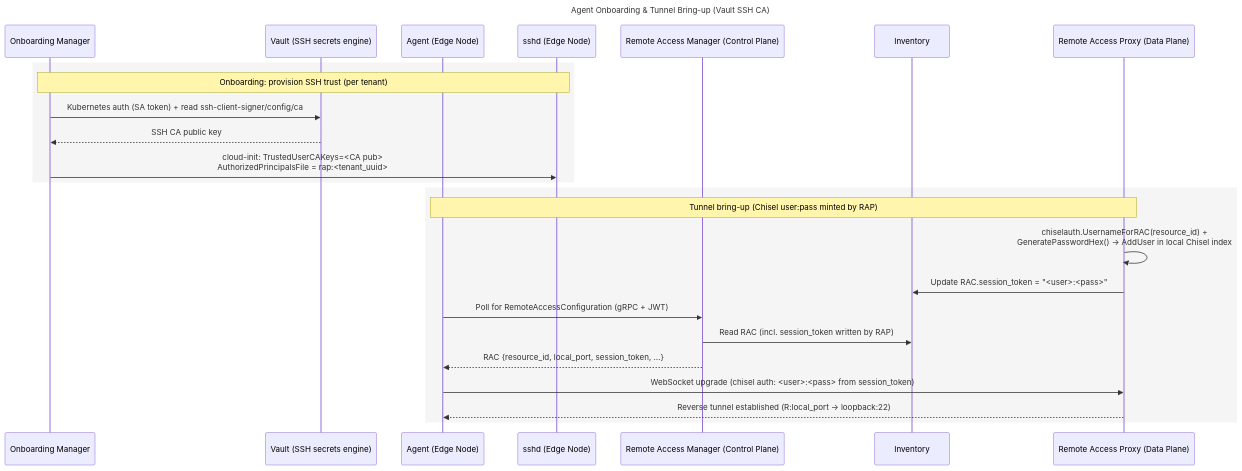
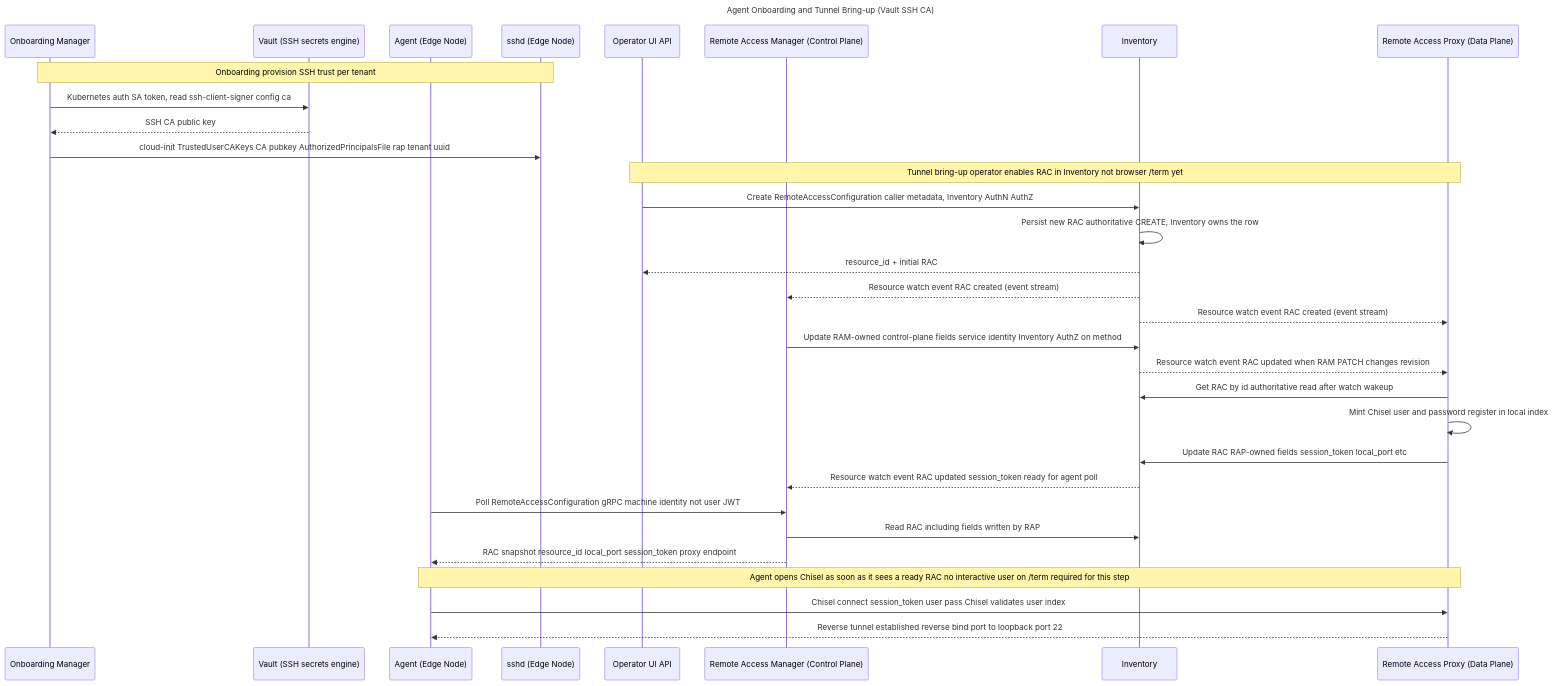
One commit to Wflikeit/edge-manageability-framework changed the first of 2 diagrams in design-proposals/reverse-proxy-to-edge-devices.md. Above: the diagram before and after it, drawn with Mermaid. The commit also changed other lines of this file, not shown here.

````diff
--- a/design-proposals/reverse-proxy-to-edge-devices.md
+++ b/design-proposals/reverse-proxy-to-edge-devices.md
@@ -419,30 +427,37 @@
 ```mermaid
 sequenceDiagram
-title Agent Onboarding & Tunnel Bring-up (Vault SSH CA)
+    title Agent Onboarding and Tunnel Bring-up (Vault SSH CA)
 
     participant OM as Onboarding Manager
     participant VAULT as Vault (SSH secrets engine)
     participant AG as Agent (Edge Node)
     participant SSHD as sshd (Edge Node)
+    participant OP as Operator UI API
     participant RAM as Remote Access Manager (Control Plane)
     participant INV as Inventory
     participant RAP as Remote Access Proxy (Data Plane)
 
-    rect rgb(245,245,245)
-    note over OM,SSHD: Onboarding: provision SSH trust (per tenant)
-    OM->>VAULT: Kubernetes auth (SA token) + read ssh-client-signer/config/ca
+    note over OM,SSHD: Onboarding provision SSH trust per tenant
+    OM->>VAULT: Kubernetes auth SA token, read ssh-client-signer config ca
     VAULT-->>OM: SSH CA public key
-    OM->>SSHD: cloud-init: TrustedUserCAKeys=<CA pub><br/>AuthorizedPrincipalsFile = rap:<tenant_uuid>
-    end
+    OM->>SSHD: cloud-init TrustedUserCAKeys CA pubkey AuthorizedPrincipalsFile rap tenant uuid
 
-    rect rgb(245,245,245)
-    note over AG,RAP: Tunnel bring-up (Chisel user:pass minted by RAP)
-    RAP->>RAP: chiselauth.UsernameForRAC(resource_id) +<br/>GeneratePasswordHex() → AddUser in local Chisel index
-    RAP->>INV: Update RAC.session_token = "<user>:<pass>"
-    AG->>RAM: Poll for RemoteAccessConfiguration (gRPC + JWT)
-    RAM->>INV: Read RAC (incl. session_token written by RAP)
-    RAM-->>AG: RAC {resource_id, local_port, session_token, …}
-    AG->>RAP: WebSocket upgrade (chisel auth: <user>:<pass> from session_token)
-    RAP-->>AG: Reverse tunnel established (R:local_port → loopback:22)
-    end
+    note over OP,RAP: Tunnel bring-up operator enables RAC in Inventory not browser /term yet
+    OP->>INV: Create RemoteAccessConfiguration caller metadata, Inventory AuthN AuthZ
+    INV->>INV: Persist new RAC authoritative CREATE, Inventory owns the row
+    INV-->>OP: resource_id + initial RAC
+    INV-->>RAM: Resource watch event RAC created (event stream)
+    INV-->>RAP: Resource watch event RAC created (event stream)
+    RAM->>INV: Update RAM-owned control-plane fields service identity Inventory AuthZ on method
+    INV-->>RAP: Resource watch event RAC updated when RAM PATCH changes revision
+    RAP->>INV: Get RAC by id authoritative read after watch wakeup
+    RAP->>RAP: Mint Chisel user and password register in local index
+    RAP->>INV: Update RAC RAP-owned fields session_token local_port etc
+    INV-->>RAM: Resource watch event RAC updated session_token ready for agent poll
+    AG->>RAM: Poll RemoteAccessConfiguration gRPC machine identity not user JWT
+    RAM->>INV: Read RAC including fields written by RAP
+    RAM-->>AG: RAC snapshot resource_id local_port session_token proxy endpoint
+    note over AG,RAP: Agent opens Chisel as soon as it sees a ready RAC no interactive user on /term required for this step
+    AG->>RAP: Chisel connect session_token user pass Chisel validates user index
+    RAP-->>AG: Reverse tunnel established reverse bind port to loopback port 22
 ```
````
